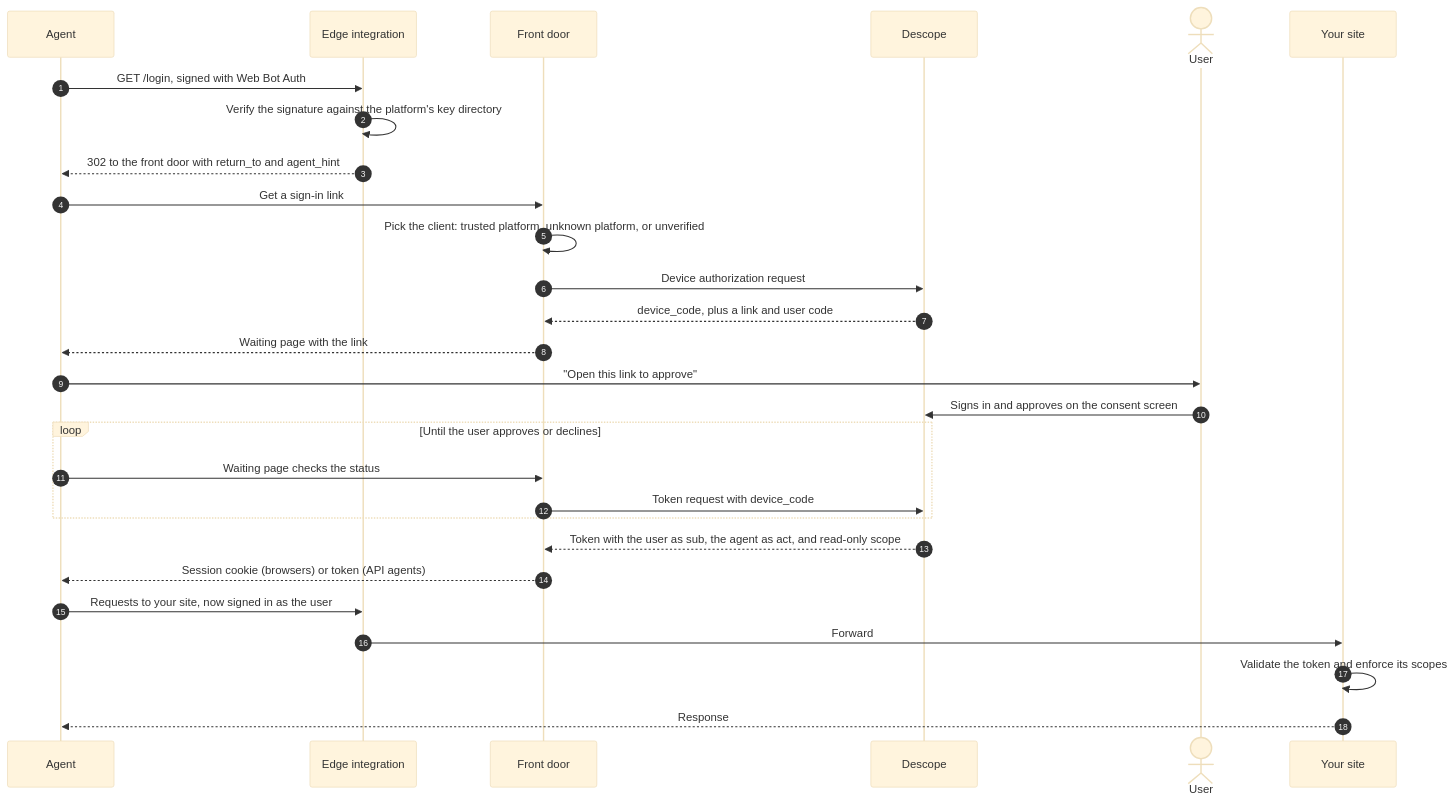
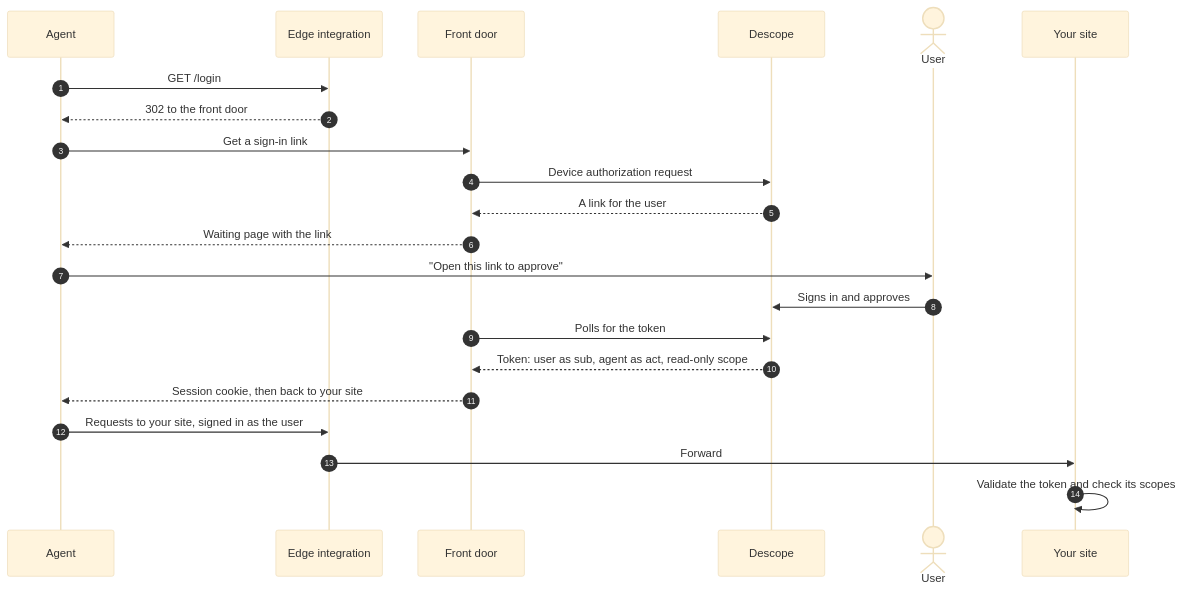
Before and after one commit to descope/agent-edge: the second of 2 diagrams in README.md, drawn with Mermaid (base theme). The commit also changed other lines of this file and 2 other files, not shown here.

````diff
--- a/README.md
+++ b/README.md
@@ -90,30 +50,24 @@
 ```mermaid
 sequenceDiagram
   autonumber
   participant A as Agent
   participant E as Edge integration
   participant F as Front door
   participant D as Descope
   actor U as User
   participant S as Your site
-  A->>E: GET /login, signed with Web Bot Auth
-  E->>E: Verify the signature against the platform's key directory
-  E-->>A: 302 to the front door with return_to and agent_hint
+  A->>E: GET /login
+  E-->>A: 302 to the front door
   A->>F: Get a sign-in link
-  F->>F: Pick the client: trusted platform, unknown platform, or unverified
   F->>D: Device authorization request
-  D-->>F: device_code, plus a link and user code
+  D-->>F: A link for the user
   F-->>A: Waiting page with the link
   A->>U: "Open this link to approve"
-  U->>D: Signs in and approves on the consent screen
-  loop Until the user approves or declines
-    A->>F: Waiting page checks the status
-    F->>D: Token request with device_code
-  end
-  D-->>F: Token with the user as sub, the agent as act, and read-only scope
-  F-->>A: Session cookie (browsers) or token (API agents)
-  A->>E: Requests to your site, now signed in as the user
+  U->>D: Signs in and approves
+  F->>D: Polls for the token
+  D-->>F: Token: user as sub, agent as act, read-only scope
+  F-->>A: Session cookie, then back to your site
+  A->>E: Requests to your site, signed in as the user
   E->>S: Forward
-  S->>S: Validate the token and enforce its scopes
-  S-->>A: Response
+  S->>S: Validate the token and check its scopes
 ```
````
